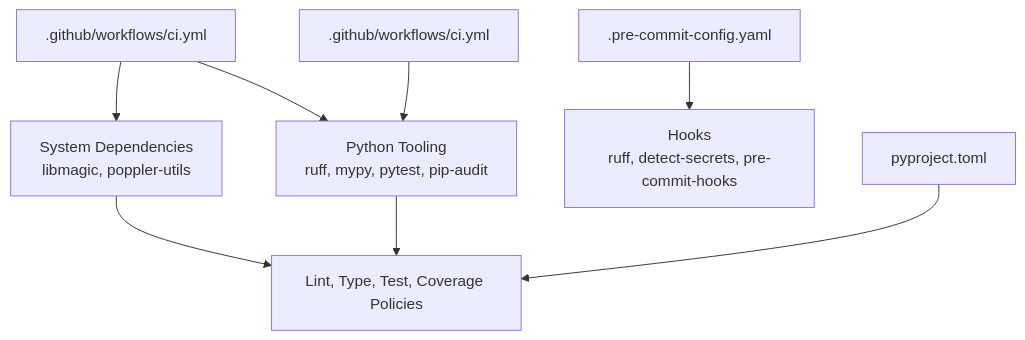
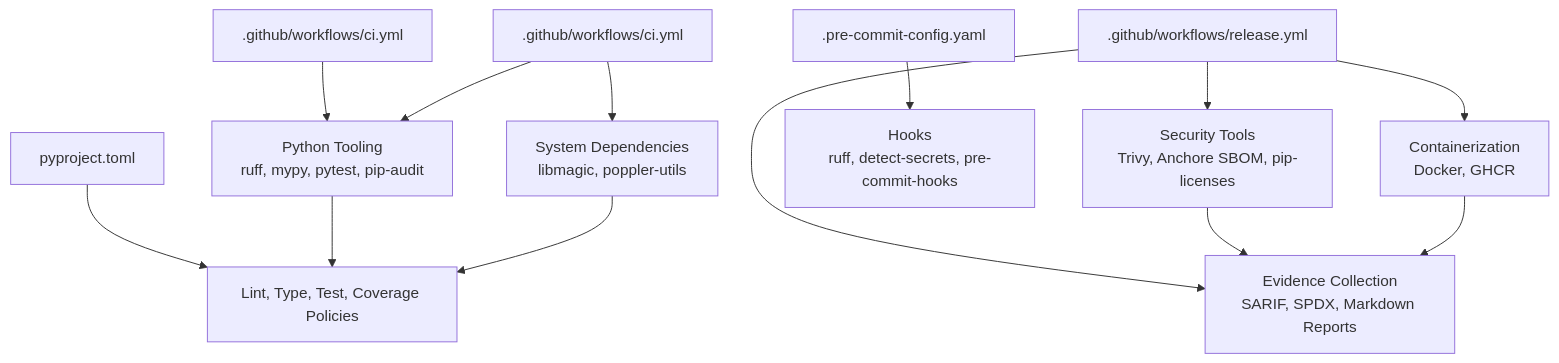
Before and after one commit to genes8/private-ai: diagram 14 of 14 in .qoder/repowiki/en/content/Deployment and Operations/CI_CD Pipeline.md, drawn with Mermaid. The commit also changed other lines of this file and 36 other files, not shown here.

````diff
--- a/.qoder/repowiki/en/content/Deployment and Operations/CI_CD Pipeline.md
+++ b/.qoder/repowiki/en/content/Deployment and Operations/CI_CD Pipeline.md
@@ -380,10 +625,15 @@
 ```mermaid
 graph TB
 RootCI[".github/workflows/ci.yml"] --> Tools["Python Tooling<br/>ruff, mypy, pytest, pip-audit"]
 PilotCI[".github/workflows/ci.yml"] --> SysDeps["System Dependencies<br/>libmagic, poppler-utils"]
 PilotCI --> Tools
+Release[".github/workflows/release.yml"] --> Security["Security Tools<br/>Trivy, Anchore SBOM, pip-licenses"]
+Release --> Containerization["Containerization<br/>Docker, GHCR"]
+Release --> Evidence["Evidence Collection<br/>SARIF, SPDX, Markdown Reports"]
 PreCommit[".pre-commit-config.yaml"] --> Hooks["Hooks<br/>ruff, detect-secrets, pre-commit-hooks"]
 Pyproject["pyproject.toml"] --> Policies["Lint, Type, Test, Coverage Policies"]
 Tools --> Policies
 SysDeps --> Policies
+Security --> Evidence
+Containerization --> Evidence
 ```
````
